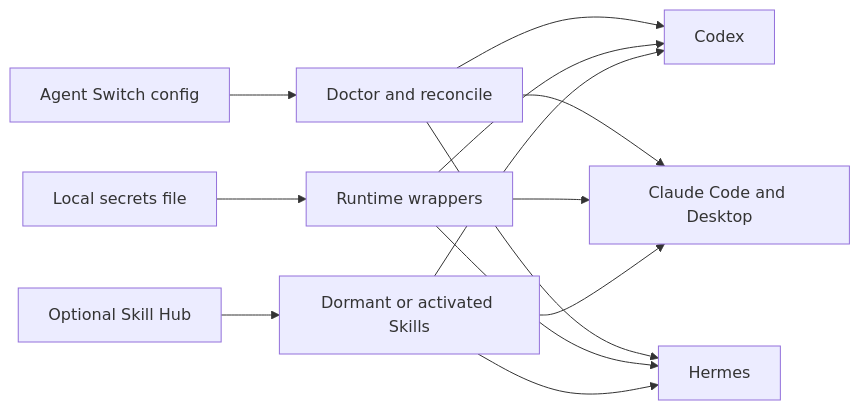
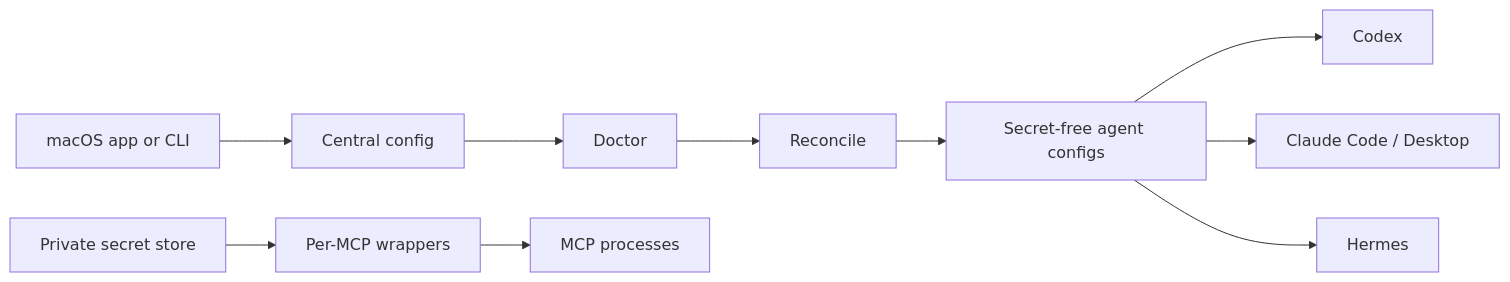
One commit to JNHFlow21/agent-switch changed the diagram in README.md. Above: the diagram before and after it, drawn with Mermaid. The commit also changed other lines of this file and 1 other file, not shown here.

````diff
--- a/README.md
+++ b/README.md
@@ -81,15 +151,12 @@
 ```mermaid
 flowchart LR
-    A["Agent Switch config"] --> R["Doctor and reconcile"]
-    S["Local secrets file"] --> W["Runtime wrappers"]
-    H["Optional Skill Hub"] --> K["Dormant or activated Skills"]
-    R --> C["Codex"]
-    R --> D["Claude Code and Desktop"]
-    R --> E["Hermes"]
-    W --> C
-    W --> D
-    W --> E
-    K --> C
-    K --> D
-    K --> E
+    UI["macOS app or CLI"] --> C["Central config"]
+    C --> D["Doctor"]
+    D --> R["Reconcile"]
+    S["Private secret store"] --> W["Per-MCP wrappers"]
+    R --> X["Secret-free agent configs"]
+    W --> M["MCP processes"]
+    X --> A["Codex"]
+    X --> B["Claude Code / Desktop"]
+    X --> H["Hermes"]
 ```
````
